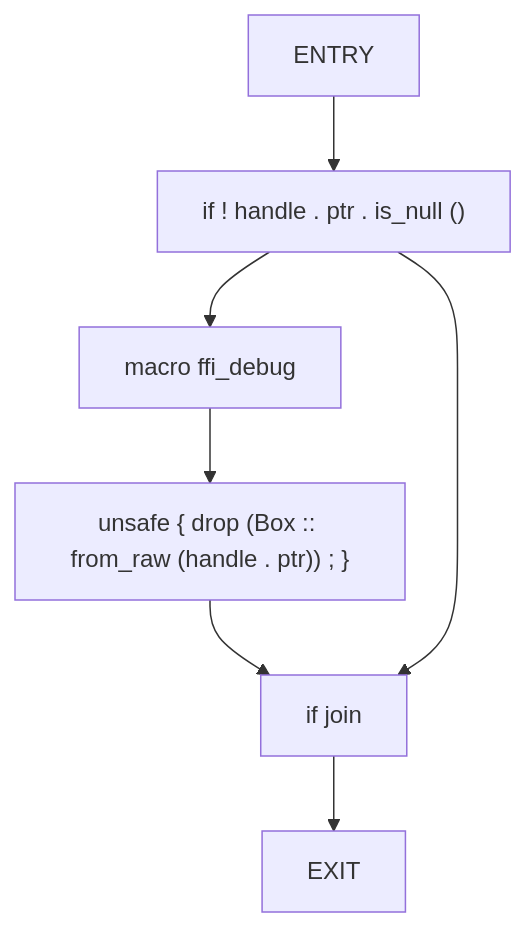
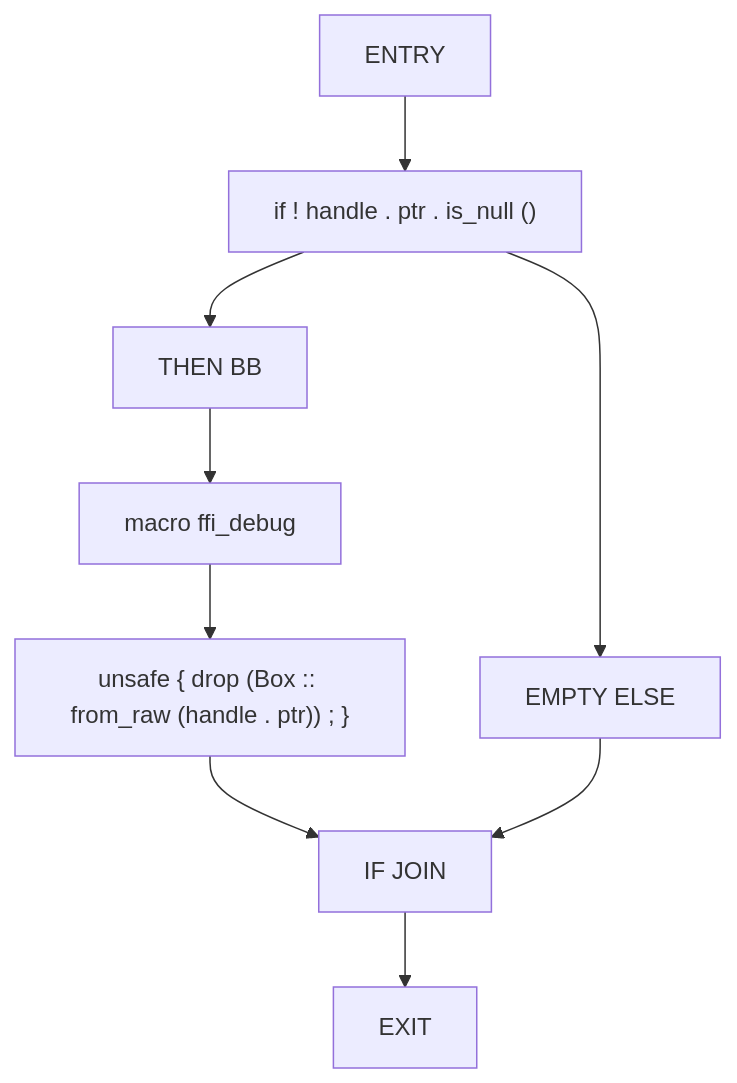
Before and after one commit to cicero-violate/MMSB: the sixth of 56 diagrams in docs/analysis/cfg/080-src-ffi_rs.md, drawn with Mermaid. The commit also changed other lines of this file and 865 other files, not shown here.

````diff
--- a/docs/analysis/cfg/080-src-ffi_rs.md
+++ b/docs/analysis/cfg/080-src-ffi_rs.md
@@ -170,15 +199,19 @@
 ```mermaid
 flowchart TD
     mmsb_allocator_free_0["ENTRY"]
     mmsb_allocator_free_1["if ! handle . ptr . is_null ()"]
-    mmsb_allocator_free_2["macro ffi_debug"]
-    mmsb_allocator_free_3["unsafe { drop (Box :: from_raw (handle . ptr)) ; }"]
-    mmsb_allocator_free_4["if join"]
-    mmsb_allocator_free_5["EXIT"]
+    mmsb_allocator_free_2["THEN BB"]
+    mmsb_allocator_free_3["macro ffi_debug"]
+    mmsb_allocator_free_4["unsafe { drop (Box :: from_raw (handle . ptr)) ; }"]
+    mmsb_allocator_free_5["EMPTY ELSE"]
+    mmsb_allocator_free_6["IF JOIN"]
+    mmsb_allocator_free_7["EXIT"]
     mmsb_allocator_free_0 --> mmsb_allocator_free_1
     mmsb_allocator_free_1 --> mmsb_allocator_free_2
     mmsb_allocator_free_2 --> mmsb_allocator_free_3
     mmsb_allocator_free_3 --> mmsb_allocator_free_4
-    mmsb_allocator_free_1 --> mmsb_allocator_free_4
-    mmsb_allocator_free_4 --> mmsb_allocator_free_5
+    mmsb_allocator_free_1 --> mmsb_allocator_free_5
+    mmsb_allocator_free_4 --> mmsb_allocator_free_6
+    mmsb_allocator_free_5 --> mmsb_allocator_free_6
+    mmsb_allocator_free_6 --> mmsb_allocator_free_7
 ```
````
